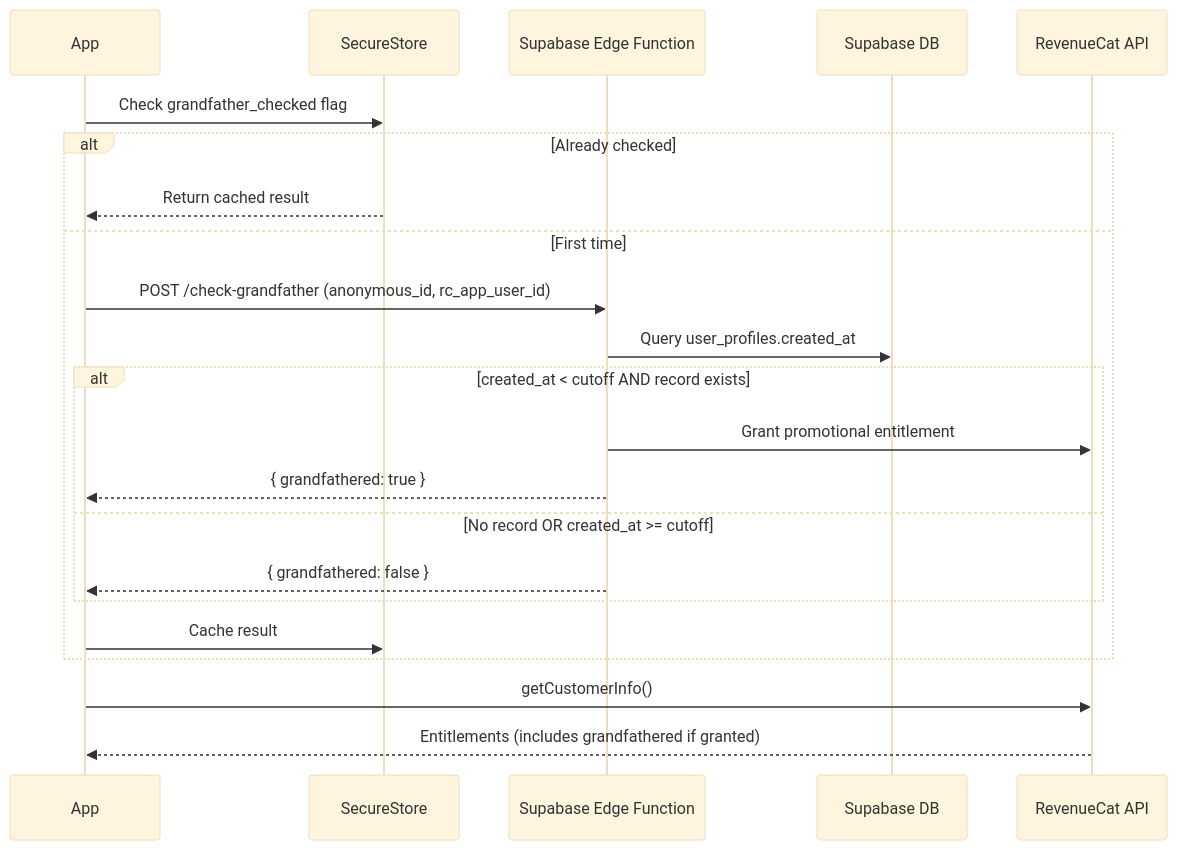
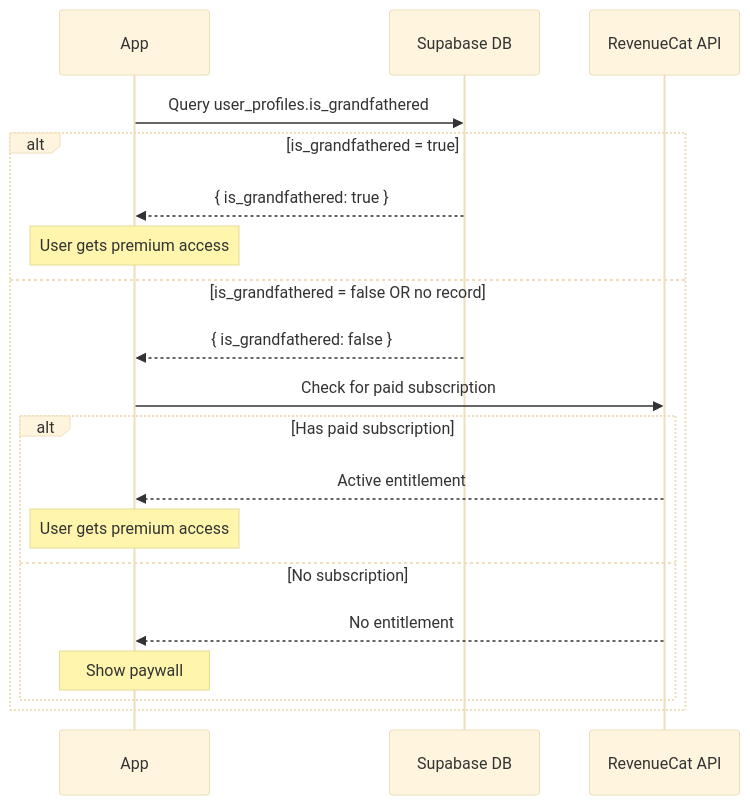
Before and after one commit to nealw98/rork-sober-dailies: the diagram in docs/revenuecat-grandfather-flow.md, drawn with Mermaid (base theme). The commit also changed other lines of this file and 4 other files, not shown here.

First line of the commit message:
Replace RevenueCat promotional entitlement with direct Supabase grandfather check

````diff
--- a/docs/revenuecat-grandfather-flow.md
+++ b/docs/revenuecat-grandfather-flow.md
@@ -9,25 +9,22 @@
 ```mermaid
 sequenceDiagram
     participant App
-    participant SecureStore
-    participant EdgeFn as Supabase Edge Function
     participant Supabase as Supabase DB
     participant RevenueCat as RevenueCat API
     
-    App->>SecureStore: Check grandfather_checked flag
-    alt Already checked
-        SecureStore-->>App: Return cached result
-    else First time
-        App->>EdgeFn: POST /check-grandfather (anonymous_id, rc_app_user_id)
-        EdgeFn->>Supabase: Query user_profiles.created_at
-        alt created_at < cutoff AND record exists
-            EdgeFn->>RevenueCat: Grant promotional entitlement
-            EdgeFn-->>App: { grandfathered: true }
-        else No record OR created_at >= cutoff
-            EdgeFn-->>App: { grandfathered: false }
+    App->>Supabase: Query user_profiles.is_grandfathered
+    alt is_grandfathered = true
+        Supabase-->>App: { is_grandfathered: true }
+        Note over App: User gets premium access
+    else is_grandfathered = false OR no record
+        Supabase-->>App: { is_grandfathered: false }
+        App->>RevenueCat: Check for paid subscription
+        alt Has paid subscription
+            RevenueCat-->>App: Active entitlement
+            Note over App: User gets premium access
+        else No subscription
+            RevenueCat-->>App: No entitlement
+            Note over App: Show paywall
         end
-        App->>SecureStore: Cache result
     end
-    App->>RevenueCat: getCustomerInfo()
-    RevenueCat-->>App: Entitlements (includes grandfathered if granted)
 ```
````
